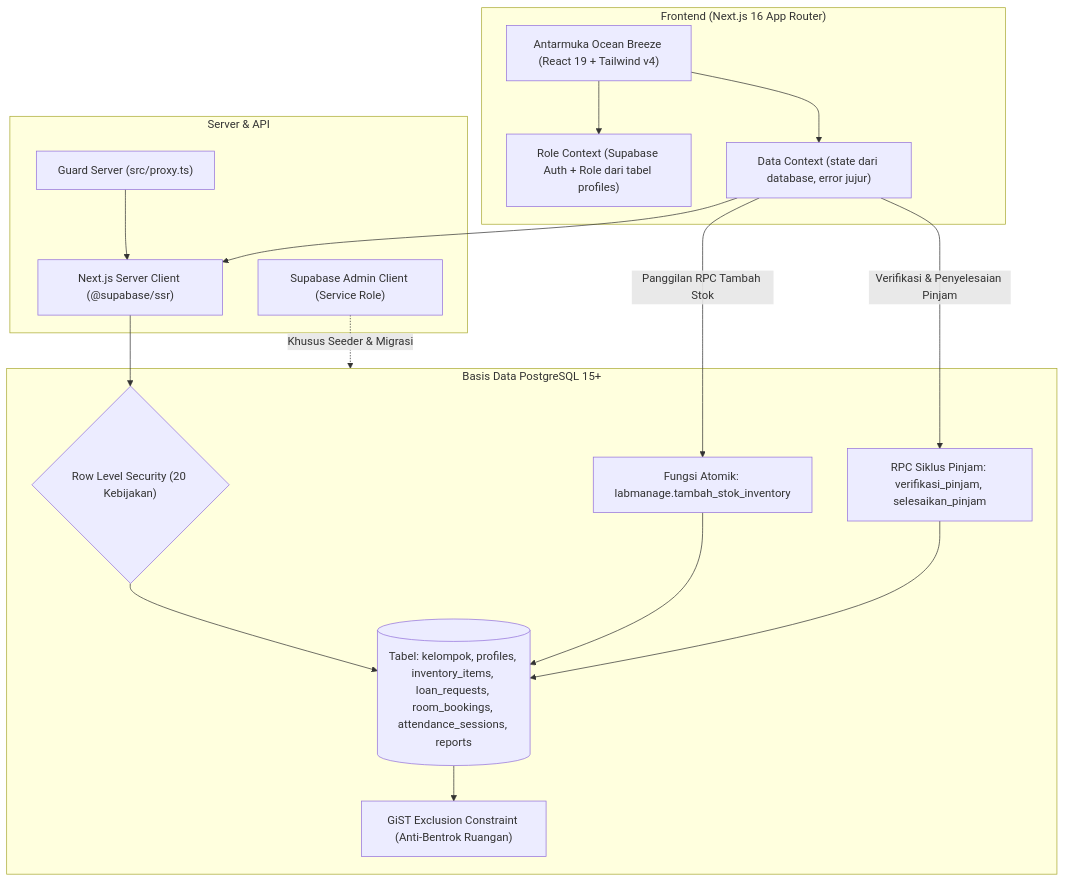
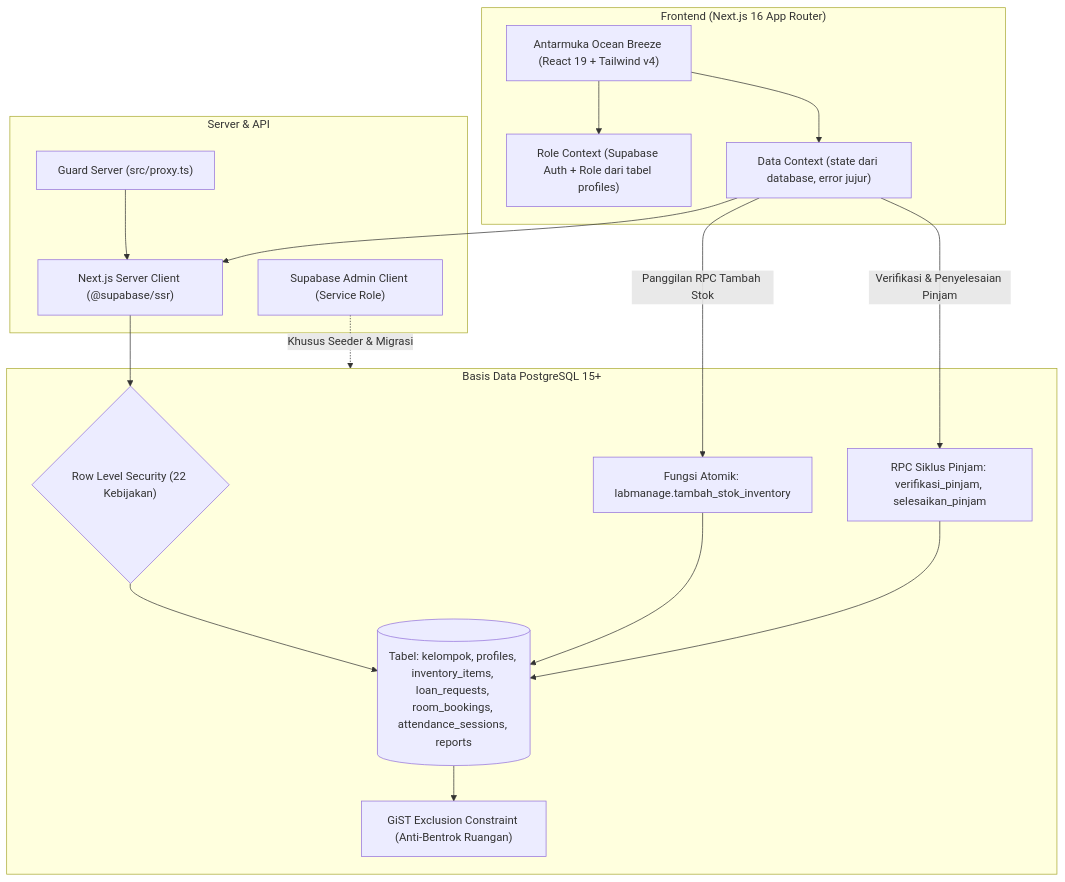
One commit to bimadji/LabManage changed the diagram in README.md. Above: the diagram before and after it, drawn with Mermaid. The commit also changed other lines of this file and 6 other files, not shown here.

````diff
--- a/README.md
+++ b/README.md
@@ -90,35 +90,35 @@
 ```mermaid
 flowchart TD
   subgraph Client ["Frontend (Next.js 16 App Router)"]
     UI["Antarmuka Ocean Breeze (React 19 + Tailwind v4)"]
     RoleCtx["Role Context (Supabase Auth + Role dari tabel profiles)"]
     DataCtx["Data Context (state dari database, error jujur)"]
   end
 
   subgraph ServerLayer ["Server & API"]
     SSR["Next.js Server Client (@supabase/ssr)"]
     Proxy["Guard Server (src/proxy.ts)"]
     AdminClient["Supabase Admin Client (Service Role)"]
   end
 
   subgraph SupabaseDB ["Basis Data PostgreSQL 15+"]
     Tables[("Tabel: kelompok, profiles, inventory_items, loan_requests, room_bookings, attendance_sessions, reports")]
-    RLS{"Row Level Security (20 Kebijakan)"}
+    RLS{"Row Level Security (22 Kebijakan)"}
     ExclConstraint["GiST Exclusion Constraint (Anti-Bentrok Ruangan)"]
     RPCSecDef["Fungsi Atomik: labmanage.tambah_stok_inventory"]
     LoanRPC["RPC Siklus Pinjam: verifikasi_pinjam, selesaikan_pinjam"]
   end
 
   UI --> RoleCtx
   UI --> DataCtx
   Proxy --> SSR
   DataCtx --> SSR
   AdminClient -.->|Khusus Seeder & Migrasi| SupabaseDB
   SSR --> RLS
   RLS --> Tables
   DataCtx -->|Panggilan RPC Tambah Stok| RPCSecDef
   DataCtx -->|Verifikasi & Penyelesaian Pinjam| LoanRPC
   RPCSecDef --> Tables
   LoanRPC --> Tables
   Tables --> ExclConstraint
 ```
````
